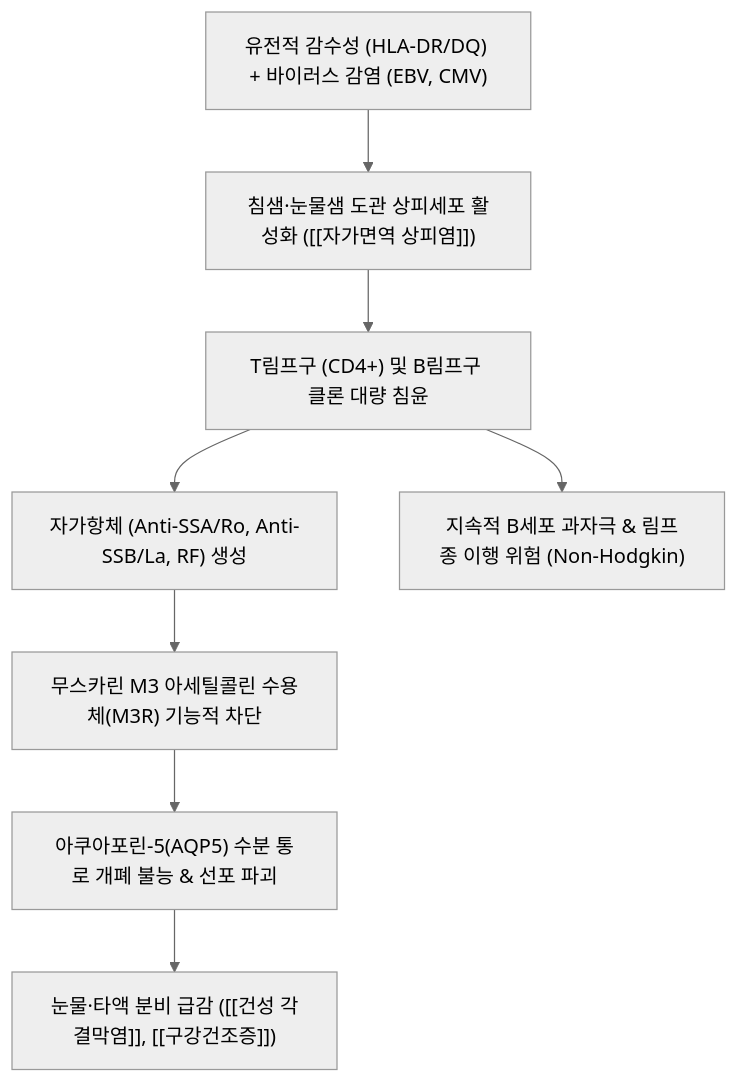
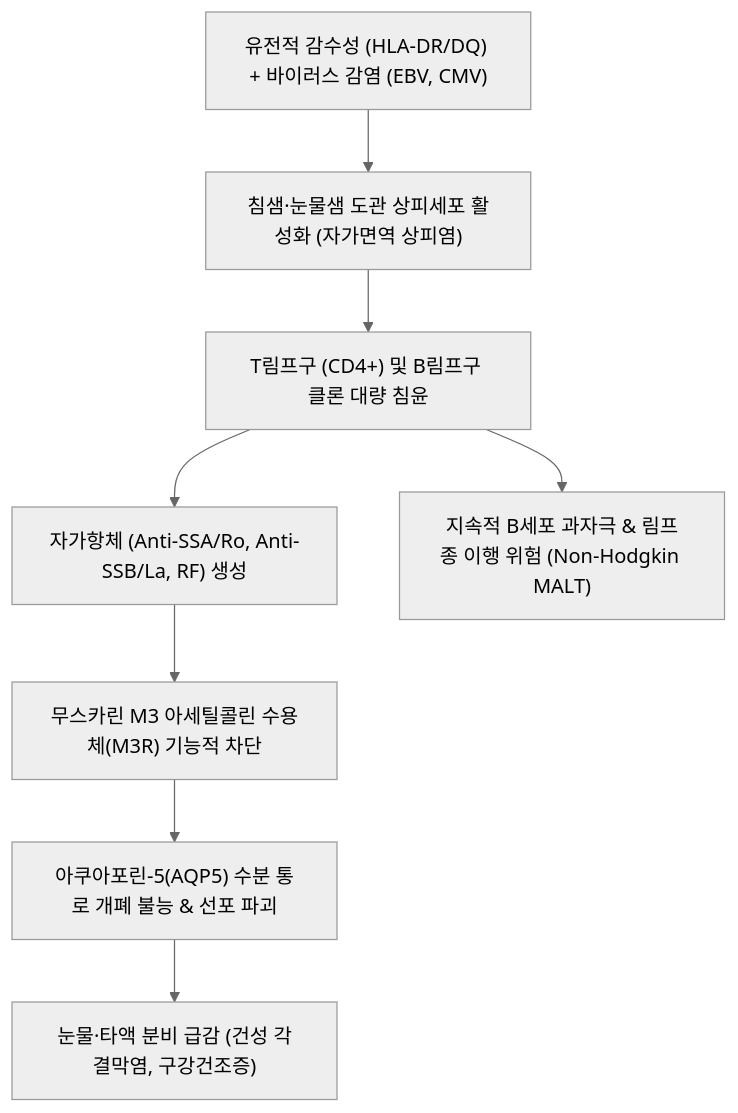
Before and after one commit to simbio11/simbio-digital-garden2: the diagram in content/3. 이론 공부/질환/자가면역·류마티스 질환/결합조직병/쇼그렌 증후군.md, drawn with Mermaid (neutral theme). The commit also changed other lines of this file and 401 other files, not shown here.

````diff
--- a/content/3. 이론 공부/질환/자가면역·류마티스 질환/결합조직병/쇼그렌 증후군.md
+++ b/content/3. 이론 공부/질환/자가면역·류마티스 질환/결합조직병/쇼그렌 증후군.md
@@ -67,10 +60,10 @@
 ```mermaid
 graph TD
-    Trigger["유전적 감수성 (HLA-DR/DQ) + 바이러스 감염 (EBV, CMV)"] --> Epithelitis["침샘·눈물샘 도관 상피세포 활성화 ([[자가면역 상피염]])"]
+    Trigger["유전적 감수성 (HLA-DR/DQ) + 바이러스 감염 (EBV, CMV)"] --> Epithelitis["침샘·눈물샘 도관 상피세포 활성화 (자가면역 상피염)"]
     Epithelitis --> Lymphocyte["T림프구 (CD4+) 및 B림프구 클론 대량 침윤"]
     Lymphocyte --> AutoAb["자가항체 (Anti-SSA/Ro, Anti-SSB/La, RF) 생성"]
     AutoAb --> M3R_Block["무스카린 M3 아세틸콜린 수용체(M3R) 기능적 차단"]
     M3R_Block --> AQP5_Defect["아쿠아포린-5(AQP5) 수분 통로 개폐 불능 & 선포 파괴"]
-    AQP5_Defect --> Sicca["눈물·타액 분비 급감 ([[건성 각결막염]], [[구강건조증]])"]
-    Lymphocyte --> B_Hyper["지속적 B세포 과자극 & 림프종 이행 위험 (Non-Hodgkin)"]
+    AQP5_Defect --> Sicca["눈물·타액 분비 급감 (건성 각결막염, 구강건조증)"]
+    Lymphocyte --> B_Hyper["지속적 B세포 과자극 & 림프종 이행 위험 (Non-Hodgkin MALT)"]
 ```
````
